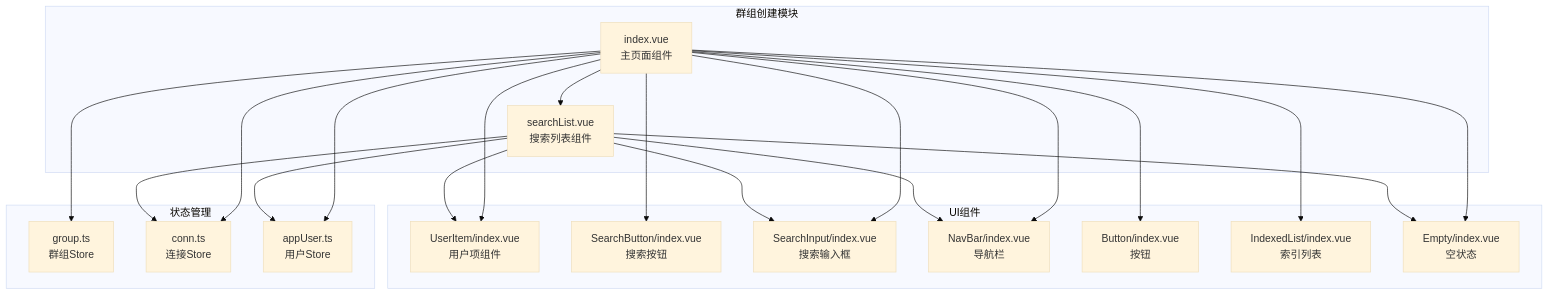
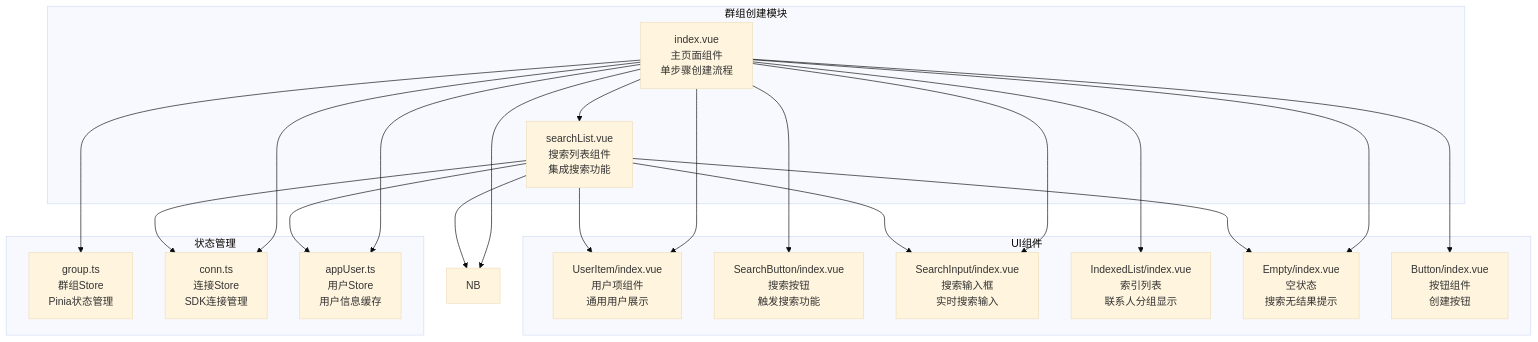
Before and after one commit to Easemob-Community/easemob-uikit-uniapp-community: the first of 9 diagrams in .qoder/repowiki/zh/content/群组模块/群组创建.md, drawn with Mermaid (base theme). The commit also changed other lines of this file and 46 other files, not shown here.

````diff
--- a/.qoder/repowiki/zh/content/群组模块/群组创建.md
+++ b/.qoder/repowiki/zh/content/群组模块/群组创建.md
@@ -40,39 +55,38 @@
 ```mermaid
 graph TB
 subgraph "群组创建模块"
-GC[index.vue<br/>主页面组件]
-SL[searchList.vue<br/>搜索列表组件]
+GC[index.vue<br/>主页面组件<br/>单步骤创建流程]
+SL[searchList.vue<br/>搜索列表组件<br/>集成搜索功能]
 end
 subgraph "状态管理"
-GS[group.ts<br/>群组Store]
-CS[contact.ts<br/>联系人Store]
-AS[appUser.ts<br/>用户Store]
-CS[conn.ts<br/>连接Store]
+GS[group.ts<br/>群组Store<br/>Pinia状态管理]
+CS[contact.ts<br/>联系人Store<br/>联系人列表管理]
+AS[appUser.ts<br/>用户Store<br/>用户信息缓存]
+CS[conn.ts<br/>连接Store<br/>SDK连接管理]
 end
 subgraph "UI组件"
-UI[UserItem/index.vue<br/>用户项组件]
-SB[SearchButton/index.vue<br/>搜索按钮]
-SI[SearchInput/index.vue<br/>搜索输入框]
-NB[NavBar/index.vue<br/>导航栏]
-BTN[Button/index.vue<br/>按钮]
-IL[IndexedList/index.vue<br/>索引列表]
-EM[Empty/index.vue<br/>空状态]
+UI[UserItem/index.vue<br/>用户项组件<br/>通用用户展示]
+SB[SearchButton/index.vue<br/>搜索按钮<br/>触发搜索功能]
+SI[SearchInput/index.vue<br/>搜索输入框<br/>实时搜索输入]
+IL[IndexedList/index.vue<br/>索引列表<br/>联系人分组显示]
+EM[Empty/index.vue<br/>空状态<br/>搜索无结果提示]
+BTN[Button/index.vue<br/>按钮组件<br/>创建按钮]
 end
 GC --> SL
 GC --> GS
 GC --> CS
 GC --> AS
 GC --> UI
 GC --> SB
 GC --> SI
 GC --> NB
 GC --> BTN
 GC --> IL
 GC --> EM
 SL --> CS
 SL --> AS
 SL --> UI
 SL --> NB
 SL --> SI
 SL --> EM
 ```
````
